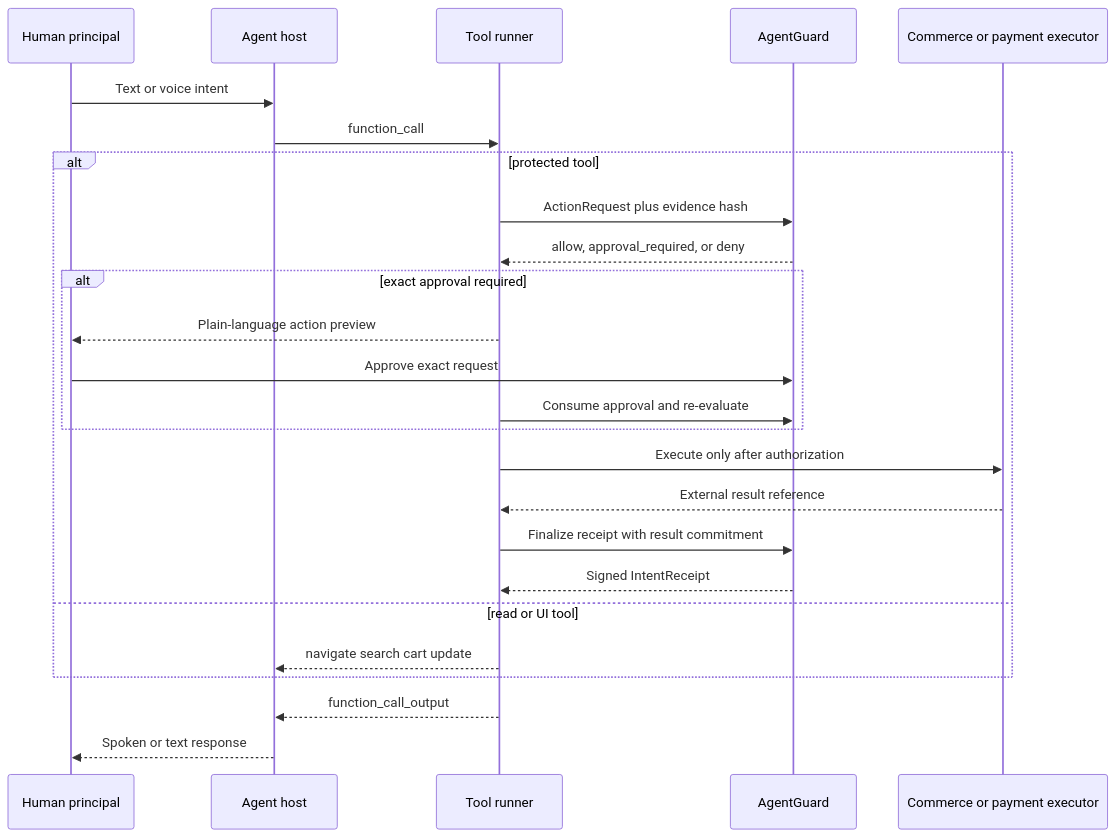
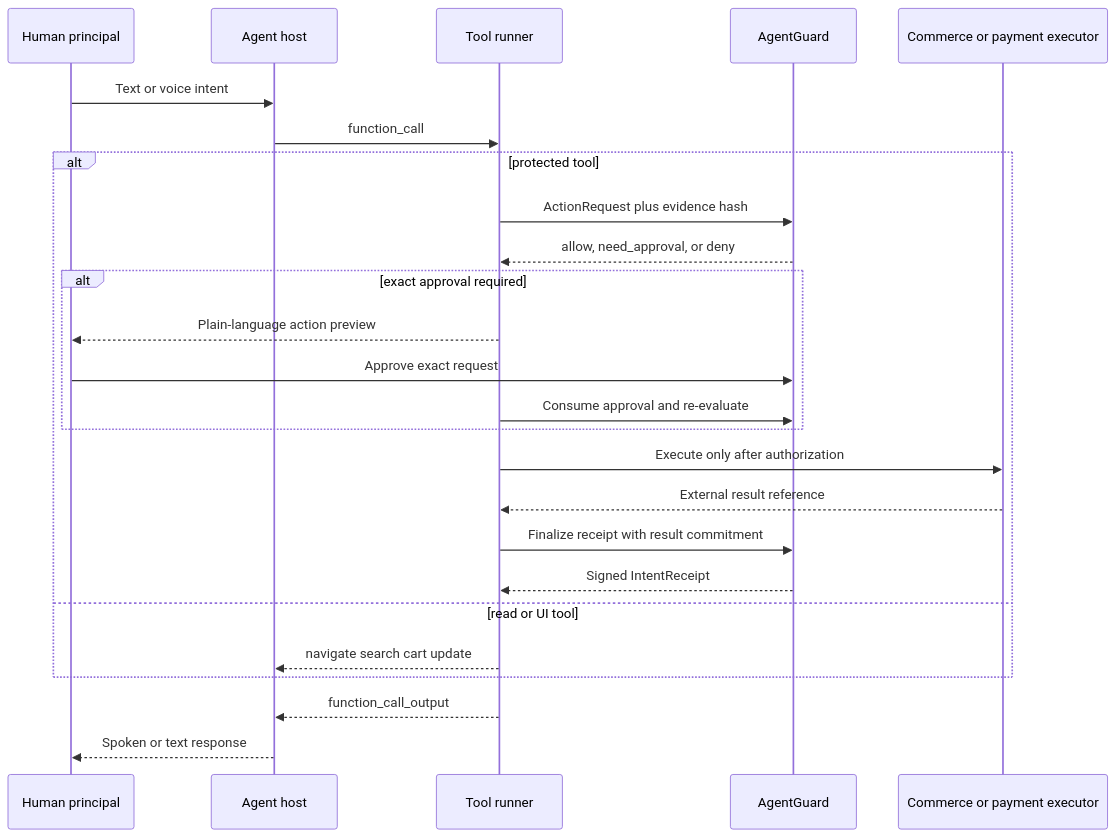
One commit to ingpoc/aadhaarchain-workspace changed the second of 2 diagrams in ARCHITECTURE.md. Above: the diagram before and after it, drawn with Mermaid. The commit also changed other lines of this file and 18 other files, not shown here.

````diff
--- a/ARCHITECTURE.md
+++ b/ARCHITECTURE.md
@@ -298,27 +330,27 @@
 ```mermaid
 sequenceDiagram
     participant H as Human principal
     participant Host as Agent host
     participant T as Tool runner
     participant G as AgentGuard
     participant E as Commerce or payment executor
     H->>Host: Text or voice intent
     Host->>T: function_call
     alt protected tool
         T->>G: ActionRequest plus evidence hash
-        G-->>T: allow, approval_required, or deny
+        G-->>T: allow, need_approval, or deny
         alt exact approval required
             T-->>H: Plain-language action preview
             H->>G: Approve exact request
             T->>G: Consume approval and re-evaluate
         end
         T->>E: Execute only after authorization
         E-->>T: External result reference
         T->>G: Finalize receipt with result commitment
         G-->>T: Signed IntentReceipt
     else read or UI tool
         T-->>Host: navigate search cart update
     end
     T-->>Host: function_call_output
     Host-->>H: Spoken or text response
 ```
````
